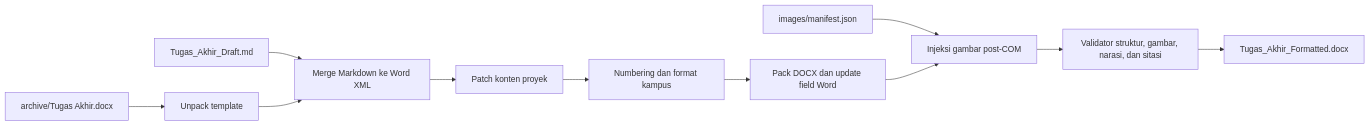
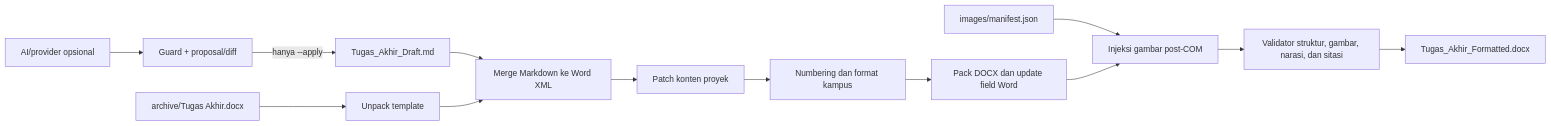
The diagram in DOKUMENTASI-PIPELINE.md (Jokskuyy/workflow-ta-proyek), drawn with Mermaid before and after one commit. The commit also changed other lines of this file and 33 other files, not shown here.

Commit message:
feat(pipeline): sync formatting generation and figure guards

````diff
--- a/DOKUMENTASI-PIPELINE.md
+++ b/DOKUMENTASI-PIPELINE.md
@@ -16,13 +17,15 @@
 ```mermaid
 flowchart LR
+    L["AI/provider opsional"] --> M["Guard + proposal/diff"]
+    M -->|"hanya --apply"| A
     A["Tugas_Akhir_Draft.md"] --> B["Merge Markdown ke Word XML"]
     C["archive/Tugas Akhir.docx"] --> D["Unpack template"]
     D --> B
     B --> E["Patch konten proyek"]
     E --> F["Numbering dan format kampus"]
     F --> G["Pack DOCX dan update field Word"]
     H["images/manifest.json"] --> I["Injeksi gambar post-COM"]
     G --> I
     I --> J["Validator struktur, gambar, narasi, dan sitasi"]
     J --> K["Tugas_Akhir_Formatted.docx"]
 ```
````
